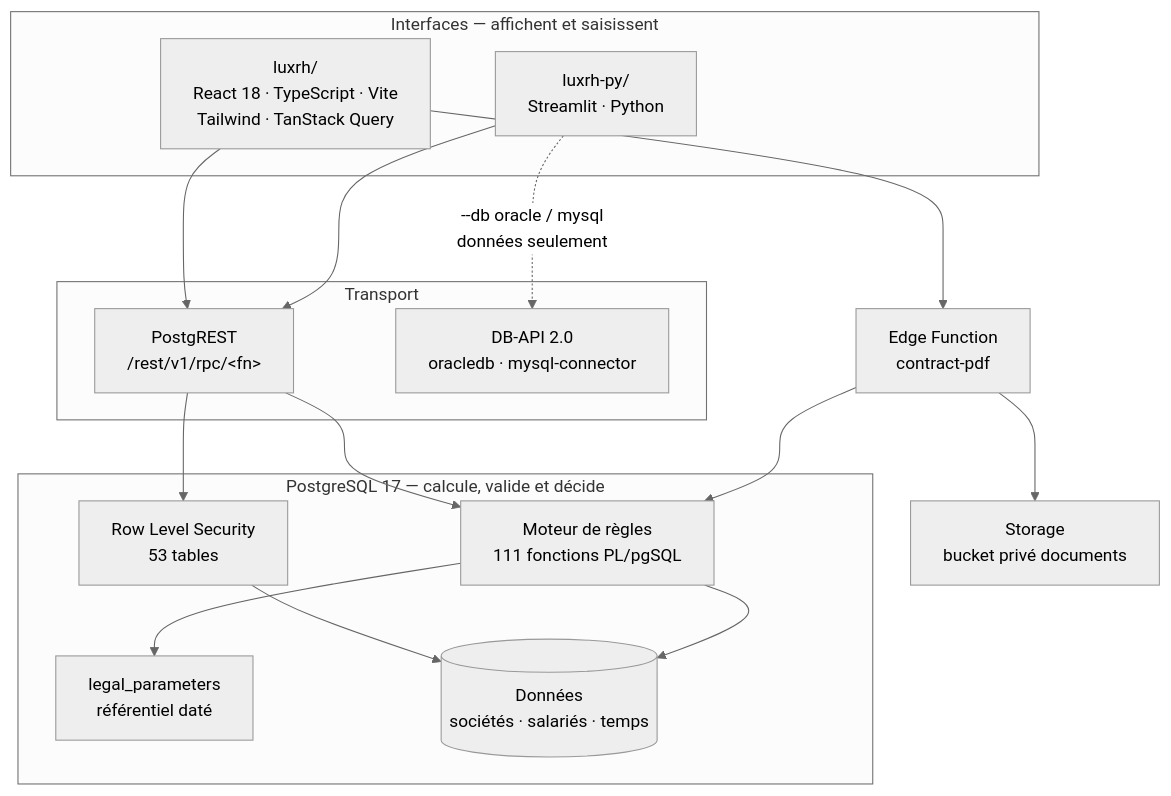
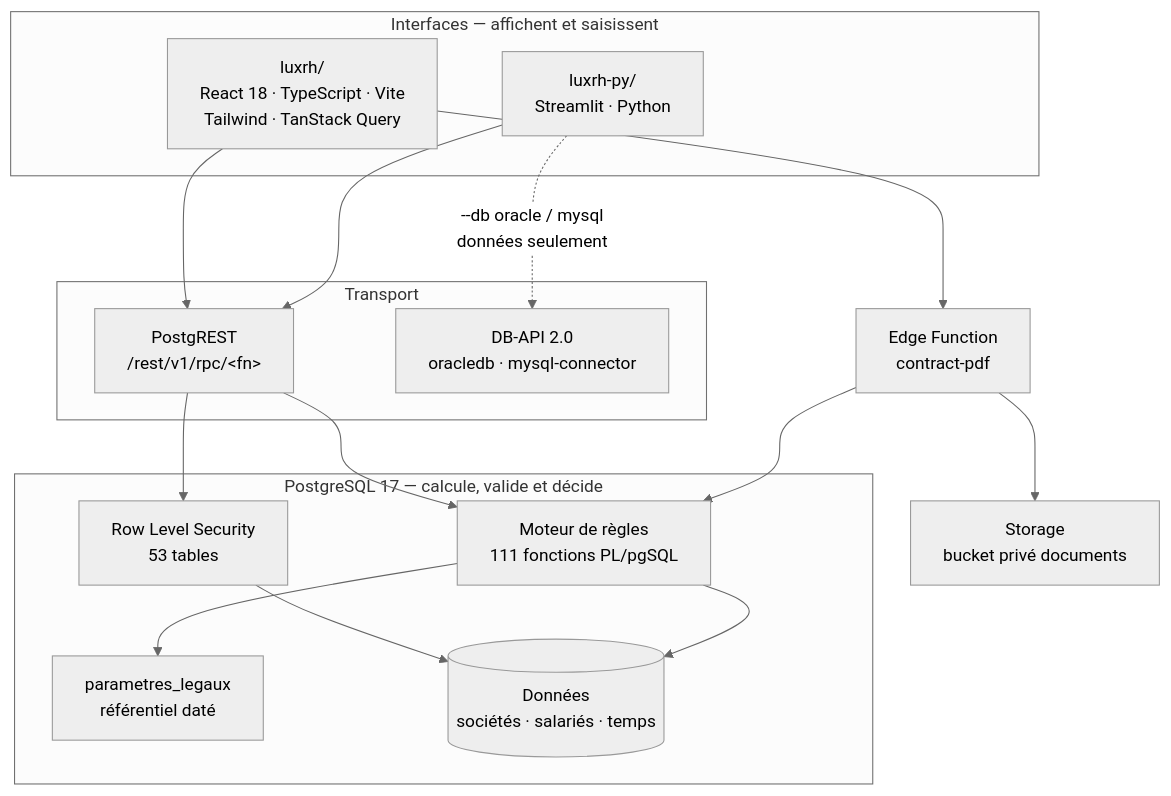
Before and after one commit to lanfr144/TestClaudeCode: the first of 2 diagrams in docs/architecture.md, drawn with Mermaid (neutral theme). The commit also changed other lines of this file and 80 other files, not shown here.

````diff
--- a/docs/architecture.md
+++ b/docs/architecture.md
@@ -11,34 +11,34 @@
 ```mermaid
 flowchart TB
     subgraph fronts["Interfaces — affichent et saisissent"]
         R["luxrh/<br/>React 18 · TypeScript · Vite<br/>Tailwind · TanStack Query"]
         P["luxrh-py/<br/>Streamlit · Python"]
     end
 
     subgraph transport["Transport"]
         PR["PostgREST<br/>/rest/v1/rpc/&lt;fn&gt;"]
         DBAPI["DB-API 2.0<br/>oracledb · mysql-connector"]
     end
 
     subgraph serveur["PostgreSQL 17 — calcule, valide et décide"]
         RLS["Row Level Security<br/>53 tables"]
         ENG["Moteur de règles<br/>111 fonctions PL/pgSQL"]
-        REF["legal_parameters<br/>référentiel daté"]
+        REF["parametres_legaux<br/>référentiel daté"]
         DATA[("Données<br/>sociétés · salariés · temps")]
     end
 
     EF["Edge Function<br/>contract-pdf"]
     ST["Storage<br/>bucket privé documents"]
 
     R --> PR
     P --> PR
     P -.->|"--db oracle / mysql<br/>données seulement"| DBAPI
     PR --> RLS
     RLS --> DATA
     PR --> ENG
     ENG --> REF
     ENG --> DATA
     R --> EF
     EF --> ST
     EF --> ENG
 ```
````
